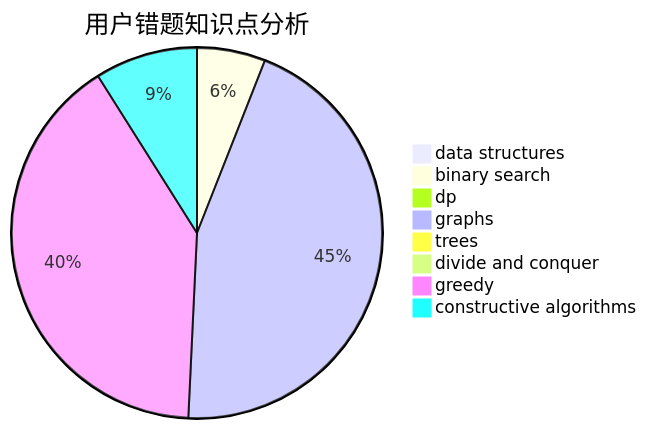
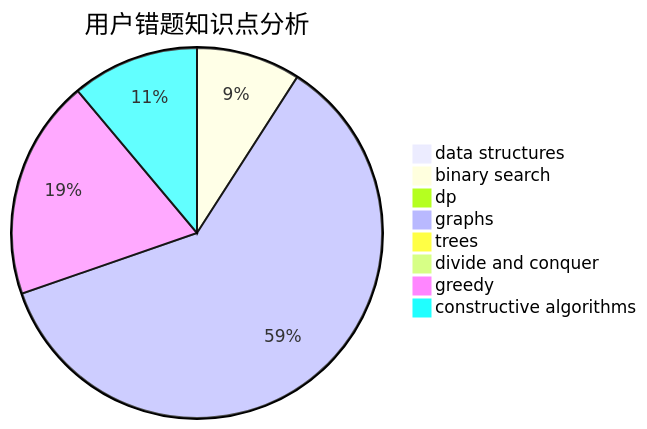
One commit to sherpahu/cfrs.github.io changed the third of 3 diagrams in docs/user/u675.md. Above: the diagram before and after it, drawn with Mermaid. The commit also changed other lines of this file and 2770 other files, not shown here.

````diff
--- a/docs/user/u675.md
+++ b/docs/user/u675.md
@@ -36,11 +36,11 @@
 ```mermaid
 pie title 用户错题知识点分析
-    "data structures" :  0
-    "binary search" :  4
-    "dp" :  0
-    "graphs" :  30
+    "data structures" :  2
+    "binary search" :  18
+    "dp" :  2
+    "graphs" :  120
     "trees" :  0
     "divide and conquer" :  0
-    "greedy" :  27
-    "constructive algorithms" :  6
+    "greedy" :  38
+    "constructive algorithms" :  22
 ```
````
